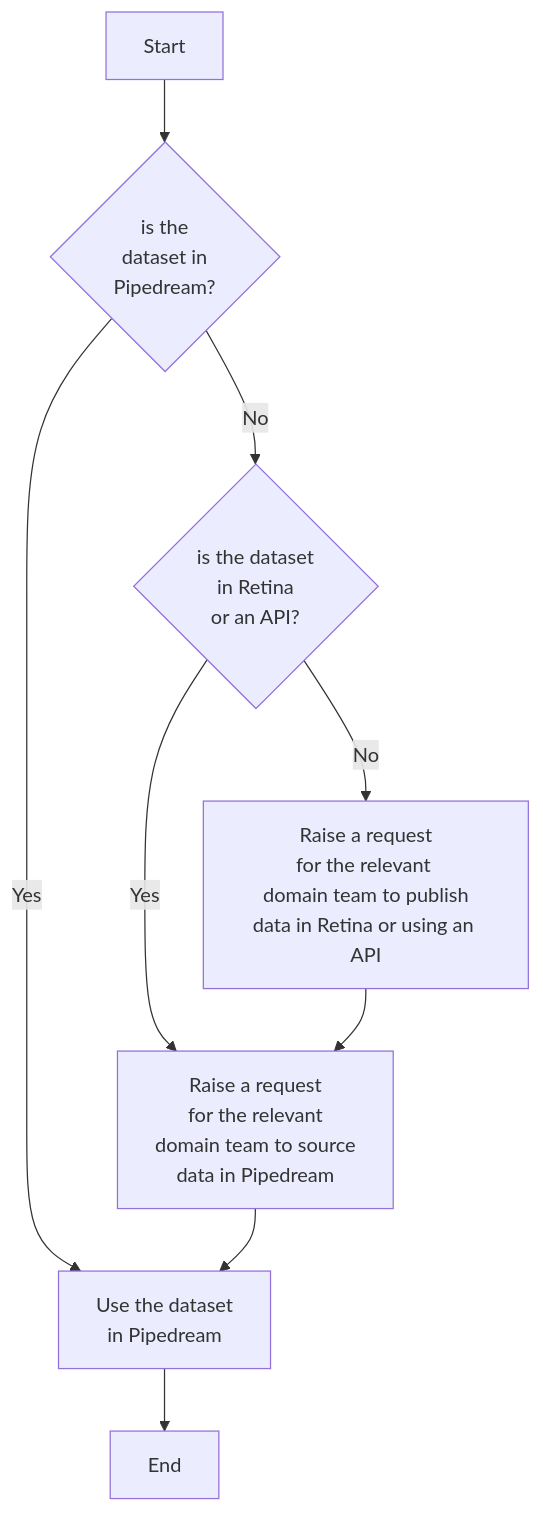
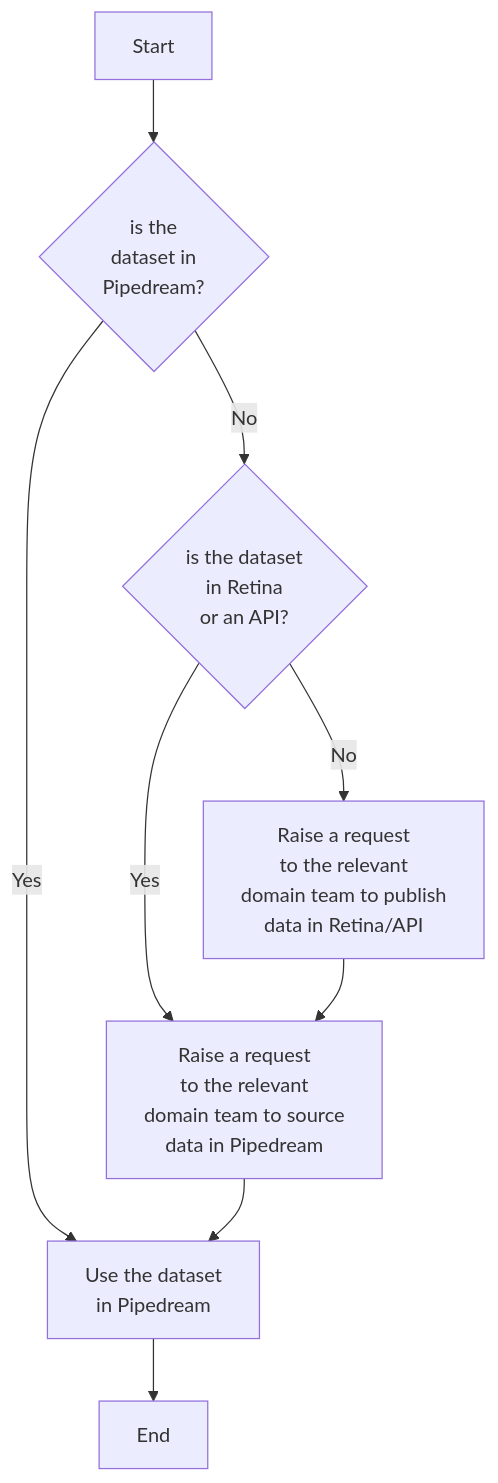
The first of 2 diagrams in README.md (Jose-Ignacio-Cimadevilla/mybasicfitbackpack), drawn with Mermaid before and after one commit. The commit also changed other lines of this file, not shown here.

````diff
--- a/README.md
+++ b/README.md
@@ -76,22 +76,22 @@
 ```mermaid
 flowchart TD
     A[Start] --> B{is the
 dataset in
 Pipedream?}
     B -->|Yes| C[Use the dataset
 in Pipedream]
     B -->|No| D{is the dataset
 in Retina
 or an API?}
     C --> E[End]
     D --> |Yes| F[Raise a request
-for the relevant 
+to the relevant 
 domain team to source
 data in Pipedream]
     D -->|No| G[Raise a request
-for the relevant 
+to the relevant 
 domain team to publish
-data in Retina or using an API]
+data in Retina/API]
     G --> F
     F --> C
 ```
````
